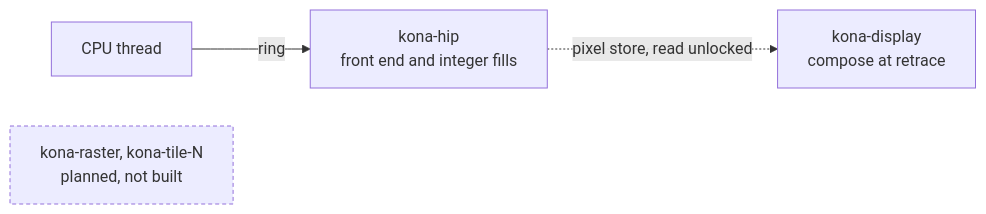
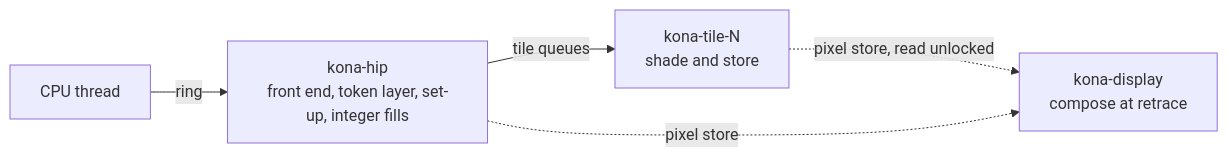
The third of 3 diagrams in docs/graphics/kona.md (techomancer/iris), drawn with Mermaid before and after one commit. The commit also changed other lines of this file and 4 other files, not shown here.

````diff
--- a/docs/graphics/kona.md
+++ b/docs/graphics/kona.md
@@ -102,7 +71,7 @@
 ```mermaid
 flowchart LR
-  cpu["CPU thread"] -->|ring| hip["kona-hip<br/>front end and integer fills"]
-  hip -.->|pixel store, read unlocked| disp["kona-display<br/>compose at retrace"]
-  raster["kona-raster, kona-tile-N<br/>planned, not built"]
-  style raster stroke-dasharray: 4 3
+  cpu["CPU thread"] -->|ring| hip["kona-hip<br/>front end, token layer, set-up, integer fills"]
+  hip -->|tile queues| tile["kona-tile-N<br/>shade and store"]
+  tile -.->|pixel store, read unlocked| disp["kona-display<br/>compose at retrace"]
+  hip -.->|pixel store| disp
 ```
````
